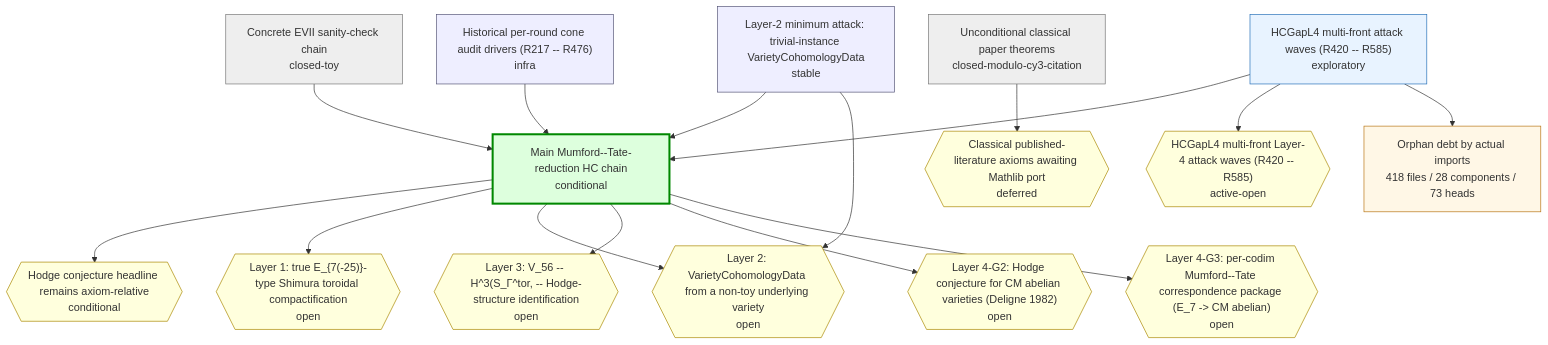
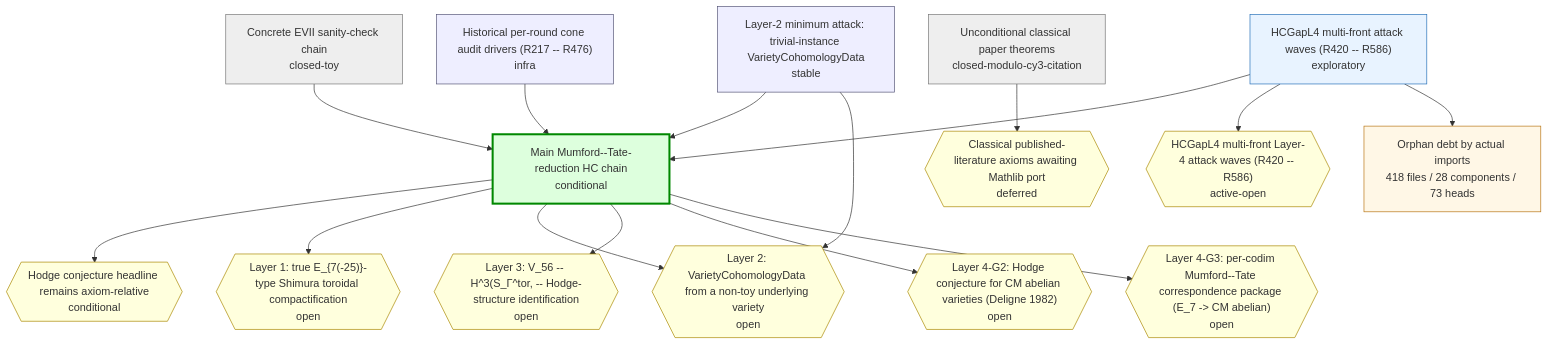
The first of 2 diagrams in chain-status/research-map.md (crabsatellite/hodge-conjecture-lean4-formalization), drawn with Mermaid before and after one commit. The commit also changed other lines of this file and 7 other files, not shown here.

````diff
--- a/chain-status/research-map.md
+++ b/chain-status/research-map.md
@@ -45,44 +45,44 @@
 ```mermaid
 graph TD
   classDef main fill:#dfd,stroke:#080,stroke-width:3px
   classDef active fill:#e8f3ff,stroke:#2670b8
   classDef support fill:#eef,stroke:#557
   classDef closed fill:#eee,stroke:#777
   classDef dead fill:#fdd,stroke:#a00,stroke-width:2px
   classDef gapOpen fill:#ffd,stroke:#a80
   classDef gapClosed fill:#eee,stroke:#777
   classDef gapDead fill:#fdd,stroke:#a00
   classDef debt fill:#fff7e6,stroke:#b87514
   classDef debtTaxonomy fill:#e8f3ff,stroke:#2670b8,stroke-dasharray:3 3
   classDef debtRule fill:#eefbea,stroke:#398439,stroke-dasharray:3 3
   classDef debtDead fill:#fdd,stroke:#a00,stroke-dasharray:3 3
   chain_main_hc_axiom_relative["Main Mumford--Tate-reduction HC chain\nconditional"]:::main
   chain_unconditional_classical["Unconditional classical paper theorems\nclosed-modulo-cy3-citation"]:::closed
   chain_hcgap_l2_trivial_instances["Layer-2 minimum attack: trivial-instance VarietyCohomologyData\nstable"]:::support
-  chain_hcgap_l4_multifront_active["HCGapL4 multi-front attack waves (R420 -- R585)\nexploratory"]:::active
+  chain_hcgap_l4_multifront_active["HCGapL4 multi-front attack waves (R420 -- R586)\nexploratory"]:::active
   chain_concrete_evii_toy["Concrete EVII sanity-check chain\nclosed-toy"]:::closed
   chain_historical_cone_audits["Historical per-round cone audit drivers (R217 -- R476)\ninfra"]:::support
   gap_G_main_hc{{"Hodge conjecture headline remains axiom-relative\nconditional"}}:::gapOpen
   gap_G_l1_e7_shimura_tor{{"Layer 1: true E_{7(-25)}-type Shimura toroidal compactification\nopen"}}:::gapOpen
   gap_G_l2_cohomology_construction{{"Layer 2: VarietyCohomologyData from a non-toy underlying variety\nopen"}}:::gapOpen
   gap_G_l3_v56_mt_identification{{"Layer 3: V_56 -- H^3(S_Γ^tor, -- Hodge-structure identification\nopen"}}:::gapOpen
   gap_G_l4_cm_abelian_hc{{"Layer 4-G2: Hodge conjecture for CM abelian varieties (Deligne 1982)\nopen"}}:::gapOpen
   gap_G_l4_mt_correspondence{{"Layer 4-G3: per-codim Mumford--Tate correspondence package (E_7 -> CM abelian)\nopen"}}:::gapOpen
   gap_G_classical_mathlib_port{{"Classical published-literature axioms awaiting Mathlib port\ndeferred"}}:::gapOpen
-  gap_G_hcgap_l4_multifront{{"HCGapL4 multi-front Layer-4 attack waves (R420 -- R585)\nactive-open"}}:::gapOpen
+  gap_G_hcgap_l4_multifront{{"HCGapL4 multi-front Layer-4 attack waves (R420 -- R586)\nactive-open"}}:::gapOpen
   chain_main_hc_axiom_relative --> gap_G_main_hc
   chain_main_hc_axiom_relative --> gap_G_l1_e7_shimura_tor
   chain_main_hc_axiom_relative --> gap_G_l2_cohomology_construction
   chain_main_hc_axiom_relative --> gap_G_l3_v56_mt_identification
   chain_main_hc_axiom_relative --> gap_G_l4_cm_abelian_hc
   chain_main_hc_axiom_relative --> gap_G_l4_mt_correspondence
   chain_unconditional_classical --> gap_G_classical_mathlib_port
   chain_hcgap_l2_trivial_instances --> chain_main_hc_axiom_relative
   chain_hcgap_l2_trivial_instances --> gap_G_l2_cohomology_construction
   chain_hcgap_l4_multifront_active --> chain_main_hc_axiom_relative
   chain_hcgap_l4_multifront_active --> gap_G_hcgap_l4_multifront
   chain_concrete_evii_toy --> chain_main_hc_axiom_relative
   chain_historical_cone_audits --> chain_main_hc_axiom_relative
   debt_all["Orphan debt by actual imports\n418 files / 28 components / 73 heads"]:::debt
   chain_hcgap_l4_multifront_active --> debt_all
 ```
````
